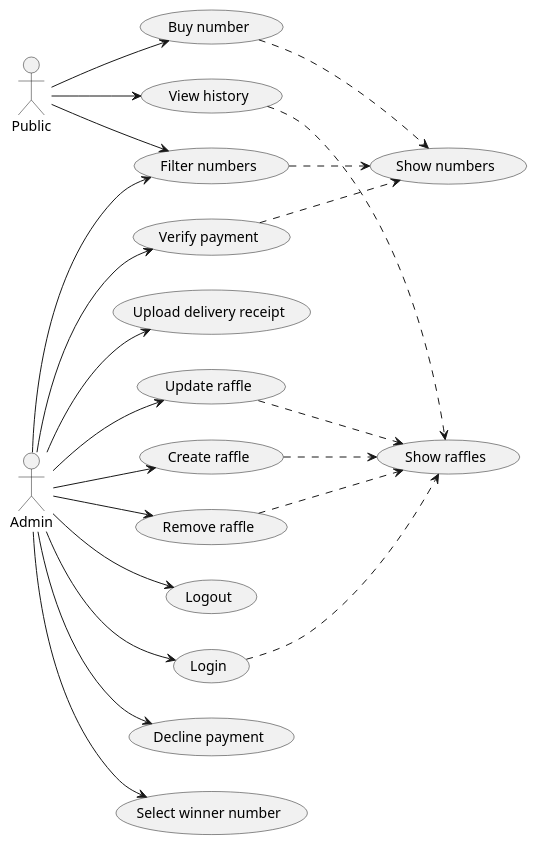
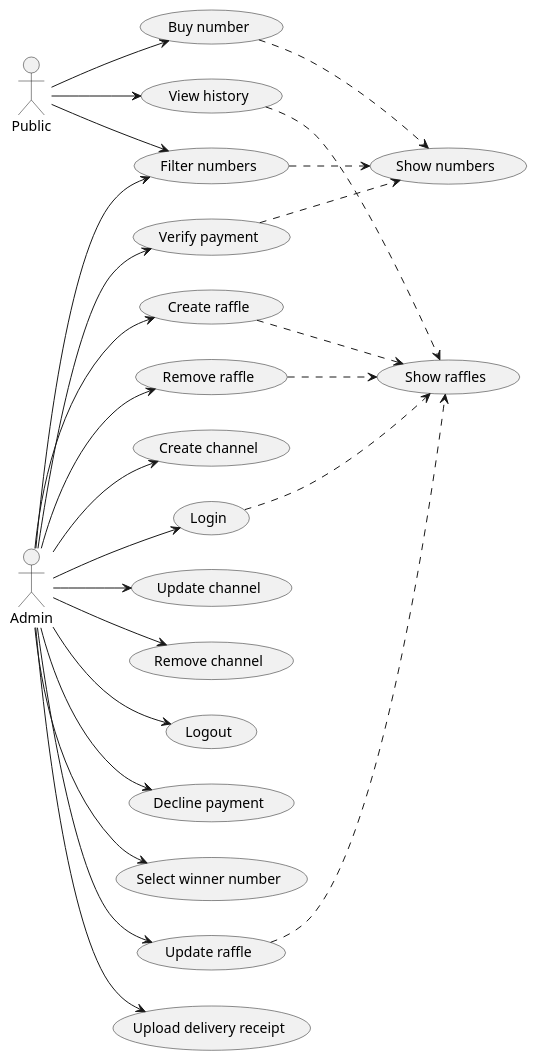
The diagram in docs/UseCases/index.plantuml (marcos-velasquez/raffle), drawn with PlantUML before and after one commit. The commit also changed 15 other files, not shown here.

```diff
--- a/docs/UseCases/index.plantuml
+++ b/docs/UseCases/index.plantuml
@@ -1,33 +1,36 @@
 @startuml UseCases
 
 left to right direction
 Public --> (Buy number)
 Public --> (View history)
 
 
 Admin --> (Create raffle)
 Admin --> (Remove raffle)
 Admin --> (Update raffle)
+Admin --> (Create channel)
+Admin --> (Update channel)
+Admin --> (Remove channel)
 Admin --> (Login)
 Admin --> (Logout)
 Admin --> (Verify payment)
 Admin --> (Decline payment)
 Admin --> (Select winner number)
 Admin --> (Upload delivery receipt)
 
 Admin --> (Filter numbers)
 Public --> (Filter numbers)
 
 
 (Create raffle) ..> (Show raffles)
 (Update raffle) ..> (Show raffles)
 (Remove raffle) ..> (Show raffles)
 (Login) ..> (Show raffles)
 (View history) ..> (Show raffles)
 
 
 (Buy number) ..> (Show numbers)
 (Filter numbers) ..> (Show numbers)
 (Verify payment) ..> (Show numbers)
 
 @enduml
```
